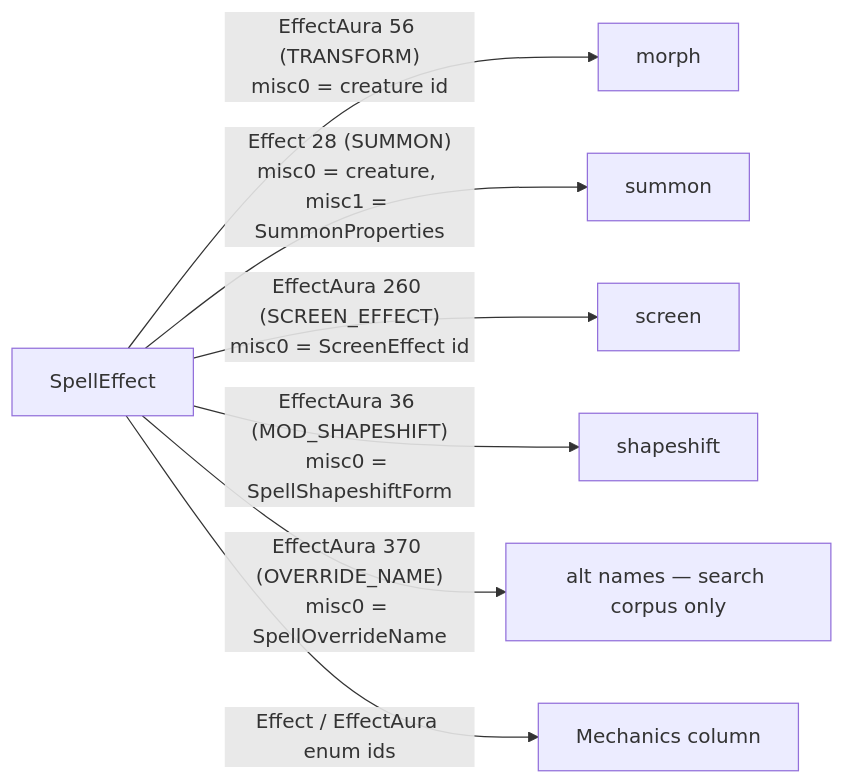
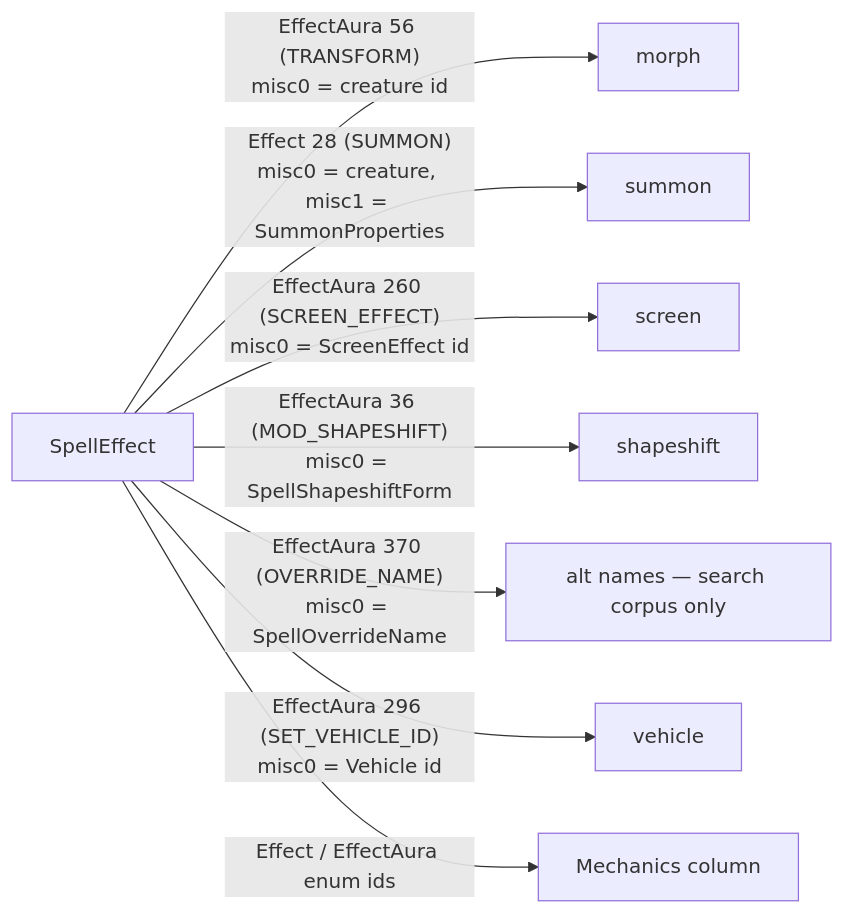
Before and after one commit to Natans8/Epsilook: the eighth of 13 diagrams in DATA_ROUTES.md, drawn with Mermaid. The commit also changed other lines of this file and 6 other files, not shown here.

````diff
--- a/DATA_ROUTES.md
+++ b/DATA_ROUTES.md
@@ -272,10 +286,11 @@
 ```mermaid
 flowchart LR
   SE["SpellEffect"]
   SE -->|"EffectAura 56 (TRANSFORM)<br/>misc0 = creature id"| MO["morph"]
   SE -->|"Effect 28 (SUMMON)<br/>misc0 = creature, misc1 = SummonProperties"| SU["summon"]
   SE -->|"EffectAura 260 (SCREEN_EFFECT)<br/>misc0 = ScreenEffect id"| SC["screen"]
   SE -->|"EffectAura 36 (MOD_SHAPESHIFT)<br/>misc0 = SpellShapeshiftForm"| SS["shapeshift"]
   SE -->|"EffectAura 370 (OVERRIDE_NAME)<br/>misc0 = SpellOverrideName"| ON["alt names — search corpus only"]
+  SE -->|"EffectAura 296 (SET_VEHICLE_ID)<br/>misc0 = Vehicle id"| VE["vehicle"]
   SE -->|"Effect / EffectAura enum ids"| ME["Mechanics column"]
 ```
````
